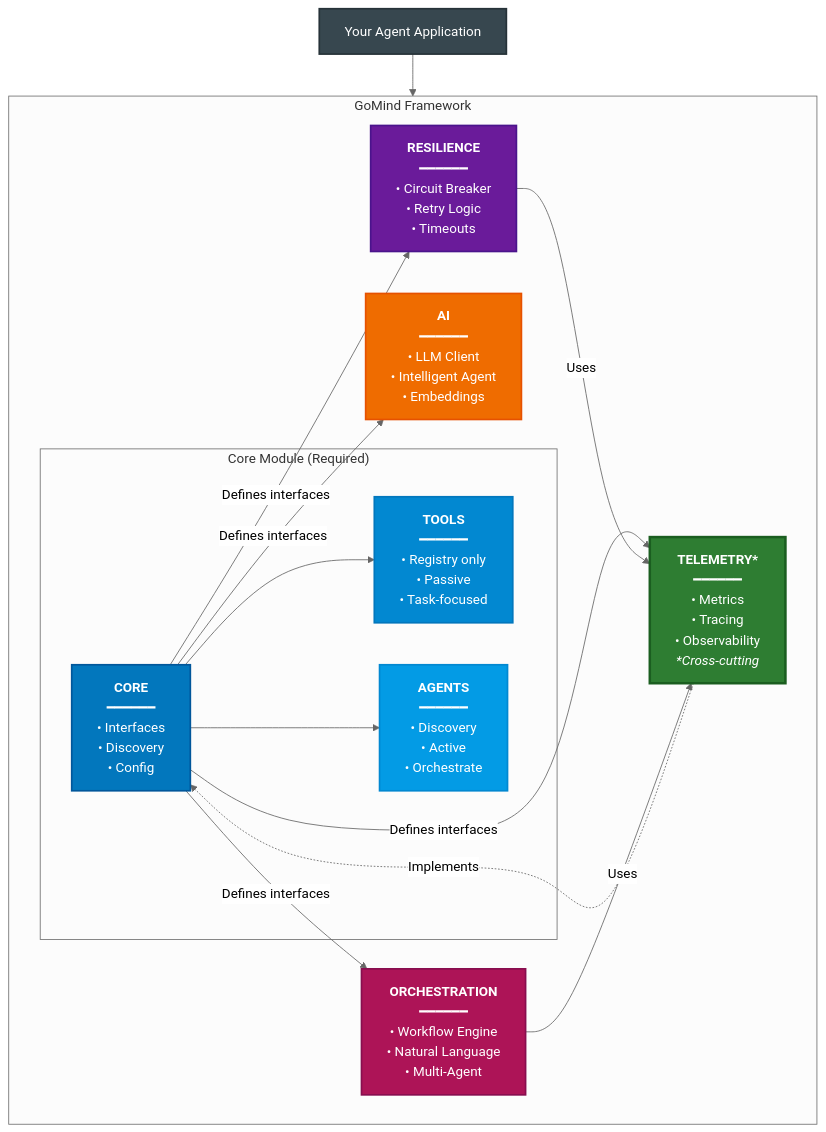
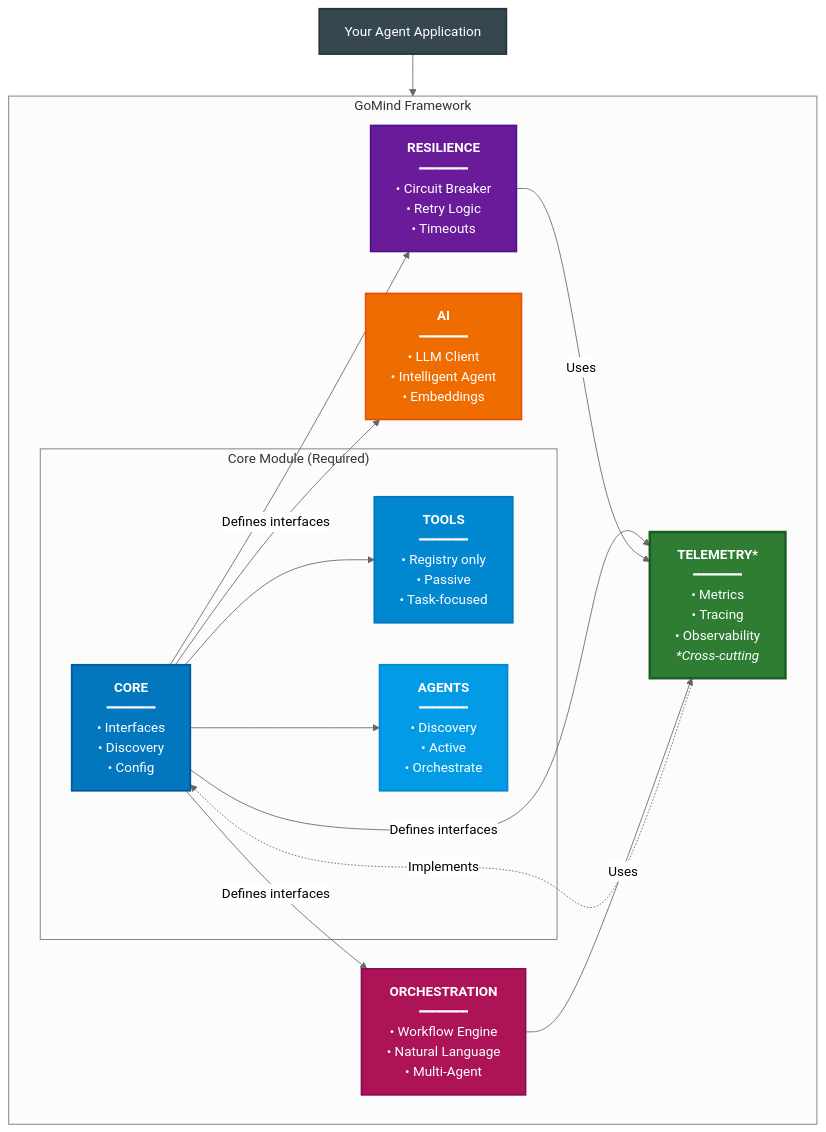
Before and after one commit to itsneelabh/gomind: the diagram in README.md, drawn with Mermaid (neutral theme). The commit also changed other lines of this file, not shown here.

First line of the commit message:
docs: update README with accurate interfaces and improved architecture diagram

````diff
--- a/README.md
+++ b/README.md
@@ -245,43 +248,43 @@
 ```mermaid
 graph TD
     App["Your Agent Application"]
-    
+
     App --> Framework
-    
+
     subgraph Framework["GoMind Framework"]
         subgraph CoreLayer["Core Module (Required)"]
             Core["<b>CORE</b><br/>━━━━━━<br/>• Interfaces<br/>• Discovery<br/>• Config"]
             Tools["<b>TOOLS</b><br/>━━━━━━<br/>• Registry only<br/>• Passive<br/>• Task-focused"]
             Agents["<b>AGENTS</b><br/>━━━━━━<br/>• Discovery<br/>• Active<br/>• Orchestrate"]
-            
+
             Core --> Tools
             Core --> Agents
         end
-        
+
         AI["<b>AI</b><br/>━━━━━━<br/>• LLM Client<br/>• Intelligent Agent<br/>• Embeddings"]
-        
+
         Resilience["<b>RESILIENCE</b><br/>━━━━━━<br/>• Circuit Breaker<br/>• Retry Logic<br/>• Timeouts"]
-        
+
         Telemetry["<b>TELEMETRY*</b><br/>━━━━━━<br/>• Metrics<br/>• Tracing<br/>• Observability<br/><i>*Cross-cutting</i>"]
-        
+
         Orchestration["<b>ORCHESTRATION</b><br/>━━━━━━<br/>• Workflow Engine<br/>• Natural Language<br/>• Multi-Agent"]
-        
+
         Core -->|Defines interfaces| AI
-        Core -->|Defines interfaces| Resilience
+        Core -->|  | Resilience
         Core -->|Defines interfaces| Telemetry
         Core -->|Defines interfaces| Orchestration
-        
+
         Telemetry -.->|Implements| Core
         Resilience -->|Uses| Telemetry
         Orchestration -->|Uses| Telemetry
     end
-    
+
     style Core fill:#0277bd,stroke:#01579b,stroke-width:2px,color:#fff
     style Tools fill:#0288d1,stroke:#0277bd,stroke-width:2px,color:#fff
     style Agents fill:#039be5,stroke:#0288d1,stroke-width:2px,color:#fff
     style AI fill:#ef6c00,stroke:#e65100,stroke-width:2px,color:#fff
     style Resilience fill:#6a1b9a,stroke:#4a148c,stroke-width:2px,color:#fff
     style Telemetry fill:#2e7d32,stroke:#1b5e20,stroke-width:3px,color:#fff
     style Orchestration fill:#ad1457,stroke:#880e4f,stroke-width:2px,color:#fff
     style App fill:#37474f,stroke:#263238,stroke-width:2px,color:#fff
 ```
````
